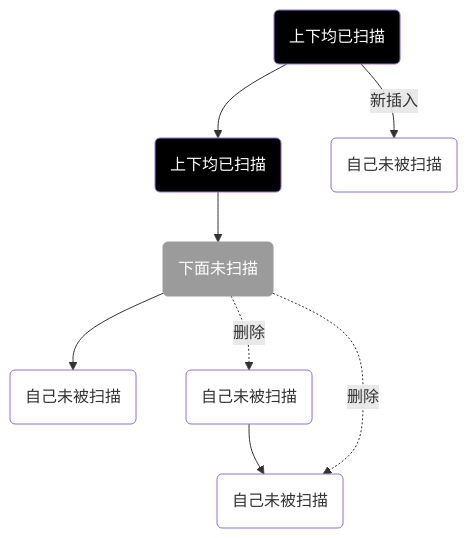
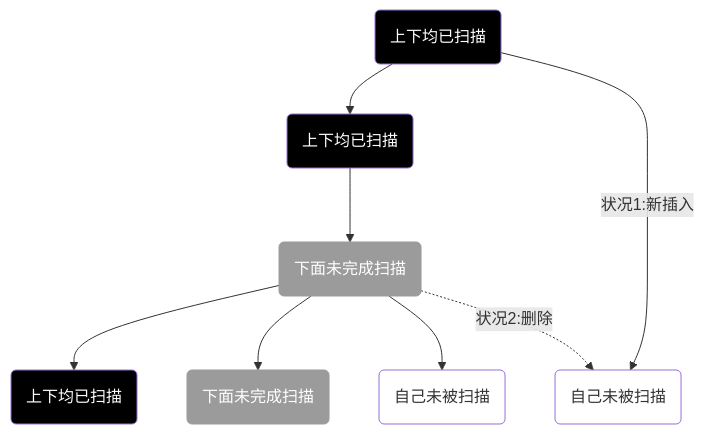
The sixth of 7 diagrams in JVM--Java虚拟机简单介绍.md (mudongjing/JVM-basic-knowledge), drawn with Mermaid before and after one commit. The commit also changed other lines of this file, not shown here.

Commit message:
完善三色标记

````diff
--- a/JVM--Java虚拟机简单介绍.md
+++ b/JVM--Java虚拟机简单介绍.md
@@ -879,20 +877,17 @@
 ```mermaid
 graph TD
 	id0(<font color=white>上下均已扫描</font>)-->id1
-	id1(<font color=white>上下均已扫描</font>)-->id2(<font color=white>下面未扫描</font>)
+	id1(<font color=white>上下均已扫描</font>)-->id2(<font color=white>下面未完成扫描</font>)
+	id2-->duli(<font color=white>上下均已扫描</font>)
+	id2-->hui(<font color=white>下面未完成扫描</font>)
     style id1 fill:#000000
     style id0 fill:#000000
     style id2 fill:#9b9b9b,stroke:#9b9b9b
+    style hui fill:#9b9b9b,stroke:#9b9b9b
+    style duli fill:#000000
     id2-->id3(自己未被扫描)
     style id3 fill:#ffffff
     style id4 fill:#ffffff
-    style id5 fill:#ffffff
-    style id6 fill:#ffffff
-    id6(自己未被扫描)
-    id0--新插入-->id4(自己未被扫描)
-    id2-.删除.->id5(自己未被扫描)
-    id5-->id6
-    id2-.删除.->id6
-    
-    
+    id0--状况1:新插入-->id4(自己未被扫描)
+    id2-.状况2:删除.->id4
 ```
````
